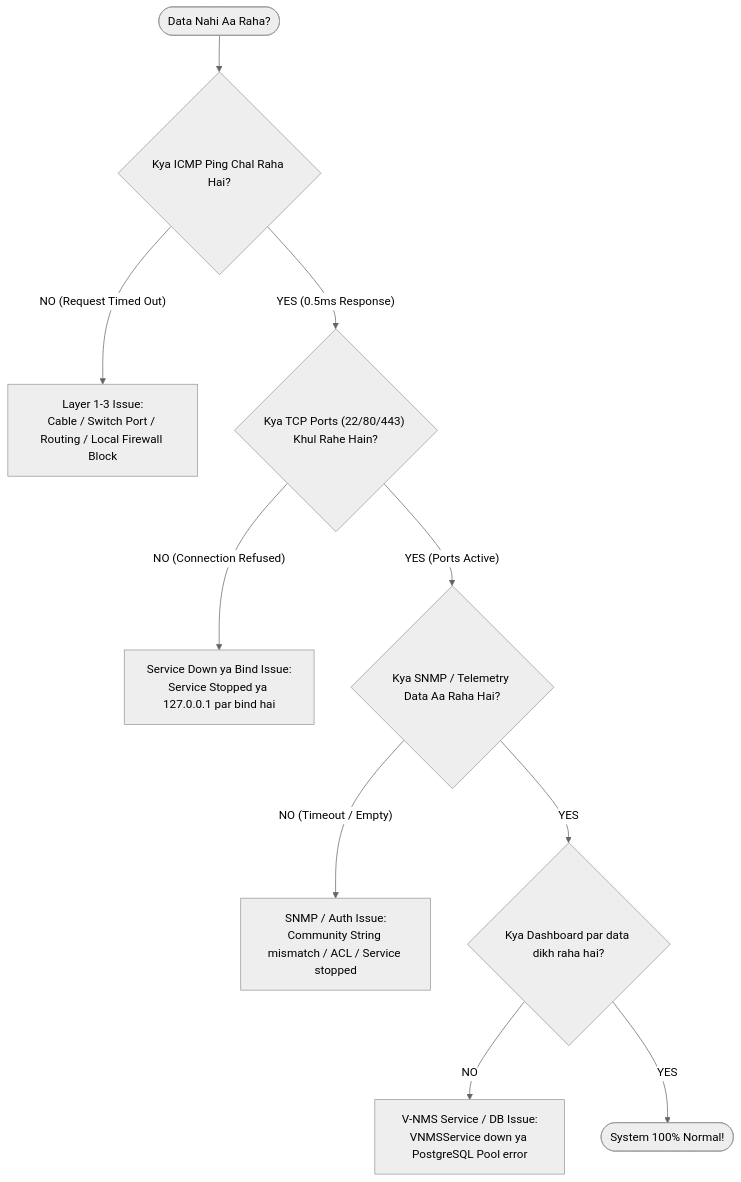
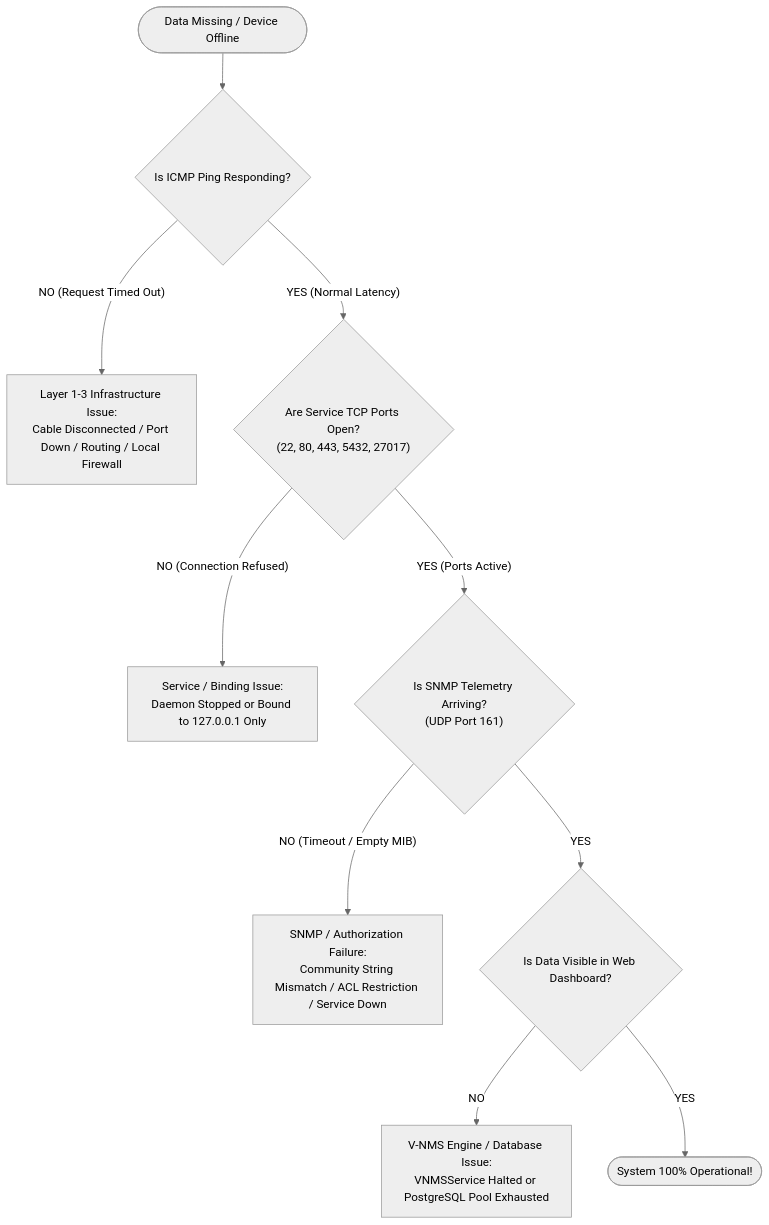
The diagram in docs/ERROR_AND_SOLUTION.md (Deepakksah/V-NMS), drawn with Mermaid (neutral theme) before and after one commit. The commit also changed other lines of this file and 2 other files, not shown here.

Commit message:
Convert V-NMS Error and Solution Troubleshooting Guide to formal enterprise English

````diff
--- a/docs/ERROR_AND_SOLUTION.md
+++ b/docs/ERROR_AND_SOLUTION.md
@@ -12,16 +12,16 @@
 ```mermaid
 flowchart TD
-    Start(["Data Nahi Aa Raha?"]) --> CheckPing{"Kya ICMP Ping Chal Raha Hai?"}
+    Start(["Data Missing / Device Offline"]) --> CheckPing{"Is ICMP Ping Responding?"}
     
-    CheckPing -- "NO (Request Timed Out)" --> L1["Layer 1-3 Issue:<br/>Cable / Switch Port / Routing / Local Firewall Block"]
-    CheckPing -- "YES (0.5ms Response)" --> CheckPorts{"Kya TCP Ports (22/80/443) Khul Rahe Hain?"}
+    CheckPing -- "NO (Request Timed Out)" --> L1["Layer 1-3 Infrastructure Issue:<br/>Cable Disconnected / Port Down / Routing / Local Firewall"]
+    CheckPing -- "YES (Normal Latency)" --> CheckPorts{"Are Service TCP Ports Open?<br/>(22, 80, 443, 5432, 27017)"}
     
-    CheckPorts -- "NO (Connection Refused)" --> L4["Service Down ya Bind Issue:<br/>Service Stopped ya 127.0.0.1 par bind hai"]
-    CheckPorts -- "YES (Ports Active)" --> CheckSNMP{"Kya SNMP / Telemetry Data Aa Raha Hai?"}
+    CheckPorts -- "NO (Connection Refused)" --> L4["Service / Binding Issue:<br/>Daemon Stopped or Bound to 127.0.0.1 Only"]
+    CheckPorts -- "YES (Ports Active)" --> CheckSNMP{"Is SNMP Telemetry Arriving?<br/>(UDP Port 161)"}
     
-    CheckSNMP -- "NO (Timeout / Empty)" --> L5["SNMP / Auth Issue:<br/>Community String mismatch / ACL / Service stopped"]
-    CheckSNMP -- "YES" --> CheckDB{"Kya Dashboard par data dikh raha hai?"}
+    CheckSNMP -- "NO (Timeout / Empty MIB)" --> L5["SNMP / Authorization Failure:<br/>Community String Mismatch / ACL Restriction / Service Down"]
+    CheckSNMP -- "YES" --> CheckDB{"Is Data Visible in Web Dashboard?"}
     
-    CheckDB -- "NO" --> L6["V-NMS Service / DB Issue:<br/>VNMSService down ya PostgreSQL Pool error"]
-    CheckDB -- "YES" --> AllOK(["System 100% Normal!"])
+    CheckDB -- "NO" --> L6["V-NMS Engine / Database Issue:<br/>VNMSService Halted or PostgreSQL Pool Exhausted"]
+    CheckDB -- "YES" --> AllOK(["System 100% Operational!"])
 ```
````
